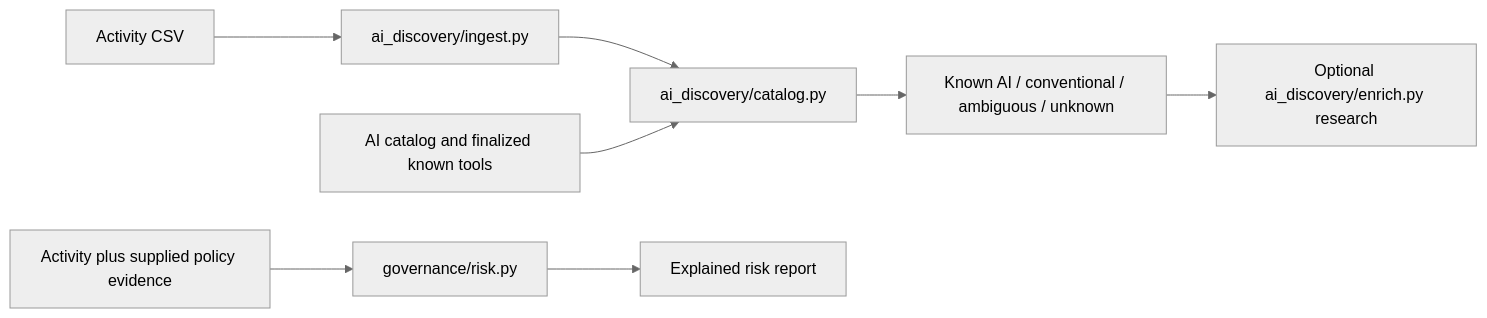
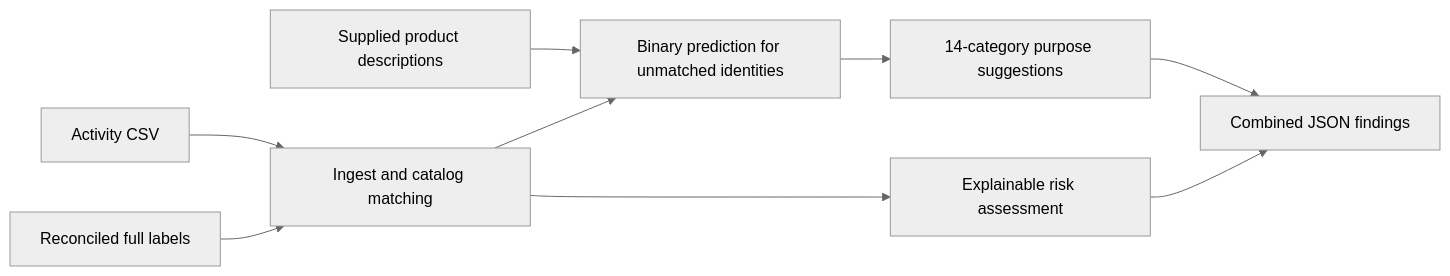
The diagram in README.md (Break-Through-Tech/Cyera-1B-ai-tool-discovery-and-risk-classification), drawn with Mermaid (neutral theme) before and after one commit. The commit also changed other lines of this file and 48 other files, not shown here.

Commit message:
Reconcile full labels and integrate evaluated 14-category modeling pipeline

````diff
--- a/README.md
+++ b/README.md
@@ -21,10 +21,11 @@
 ```mermaid
 flowchart LR
-    A[Activity CSV] --> B[ai_discovery/ingest.py]
-    B --> C[ai_discovery/catalog.py]
-    D[AI catalog and finalized known tools] --> C
-    C --> E[Known AI / conventional / ambiguous / unknown]
-    E --> F[Optional ai_discovery/enrich.py research]
-    G[Activity plus supplied policy evidence] --> H[governance/risk.py]
-    H --> I[Explained risk report]
+    A[Activity CSV] --> B[Ingest and catalog matching]
+    C[Reconciled full labels] --> B
+    D[Supplied product descriptions] --> E[Binary prediction for unmatched identities]
+    B --> E
+    E --> F[14-category purpose suggestions]
+    B --> G[Explainable risk assessment]
+    F --> H[Combined JSON findings]
+    G --> H
 ```
````
